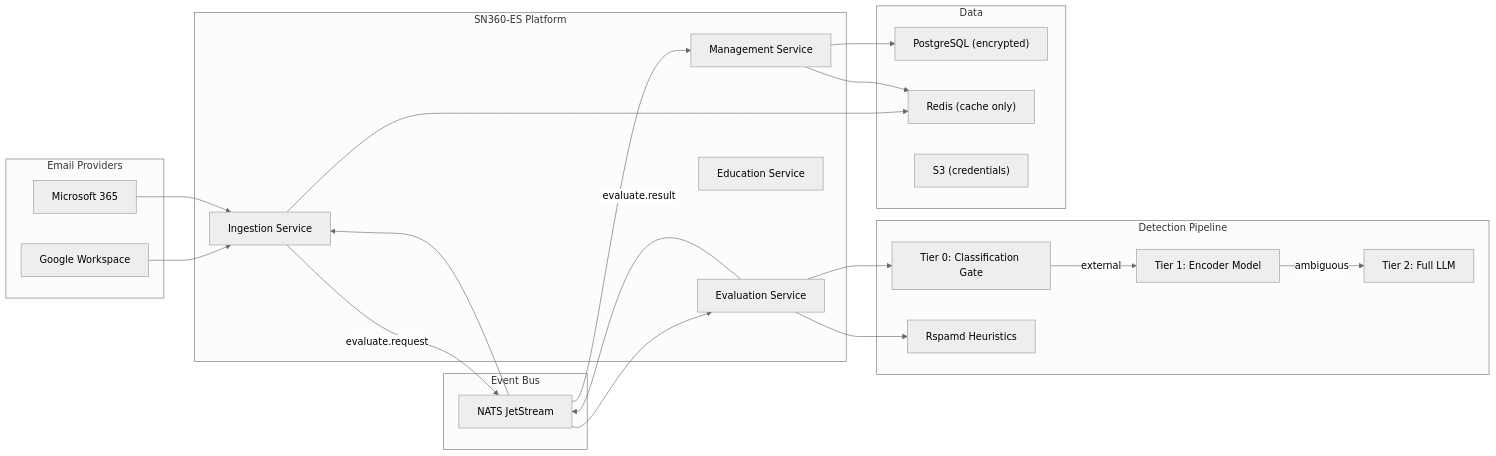
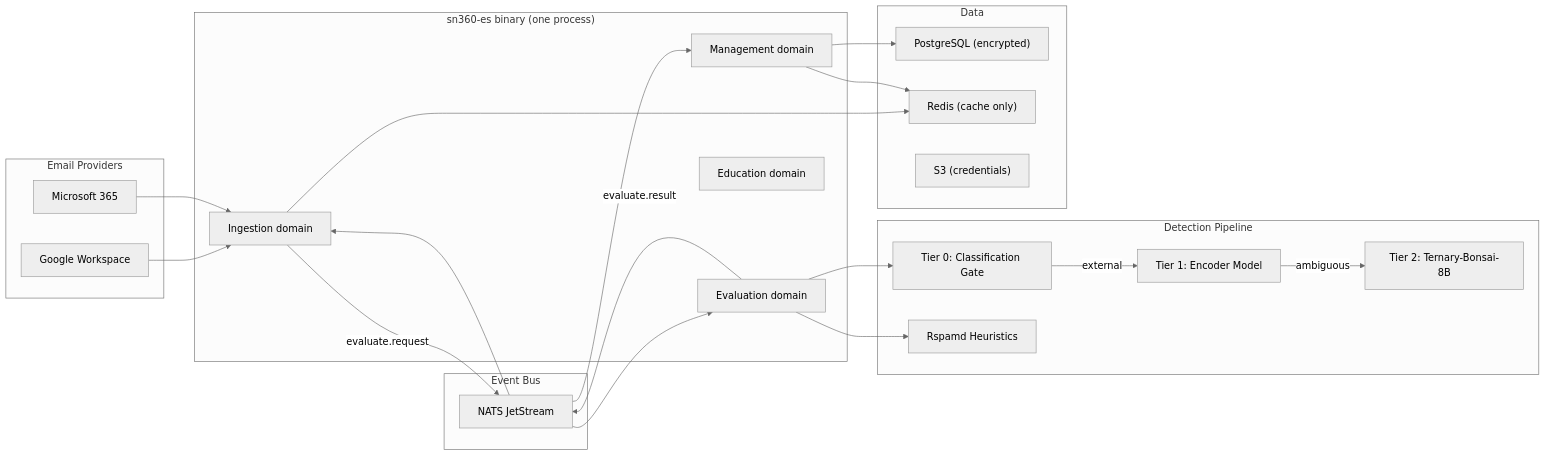
The diagram in README.md (kennguy3n/sn360-es), drawn with Mermaid (neutral theme) before and after one commit. The commit also changed other lines of this file and 6 other files, not shown here.

Commit message:
docs(part-5): rewrite README, PROPOSAL, ARCHITECTURE, PHASES, PROGRESS + minor corpus docs

````diff
--- a/README.md
+++ b/README.md
@@ -25,46 +31,46 @@
 ```mermaid
 graph LR
     subgraph "Email Providers"
         GWS["Google Workspace"]
         O365["Microsoft 365"]
     end
 
-    subgraph "SN360-ES Platform"
-        Ingestion["Ingestion Service"]
-        Evaluate["Evaluation Service"]
-        Management["Management Service"]
-        Education["Education Service"]
+    subgraph "sn360-es binary (one process)"
+        Ingestion["Ingestion domain"]
+        Evaluate["Evaluation domain"]
+        Management["Management domain"]
+        Education["Education domain"]
     end
 
     subgraph "Event Bus"
         NATS["NATS JetStream"]
     end
 
     subgraph "Detection Pipeline"
         T0["Tier 0: Classification Gate"]
         T1["Tier 1: Encoder Model"]
-        T2["Tier 2: Full LLM"]
+        T2["Tier 2: Ternary-Bonsai-8B"]
         Rspamd["Rspamd Heuristics"]
     end
 
     subgraph "Data"
         PG["PostgreSQL (encrypted)"]
         Redis["Redis (cache only)"]
         S3["S3 (credentials)"]
     end
 
     GWS --> Ingestion
     O365 --> Ingestion
     Ingestion -->|"evaluate.request"| NATS
     NATS --> Evaluate
     Evaluate --> T0
     T0 -->|"external"| T1
     T1 -->|"ambiguous"| T2
     Evaluate --> Rspamd
     Evaluate -->|"evaluate.result"| NATS
     NATS --> Ingestion
     NATS --> Management
     Management --> PG
     Ingestion --> Redis
     Management --> Redis
 ```
````
